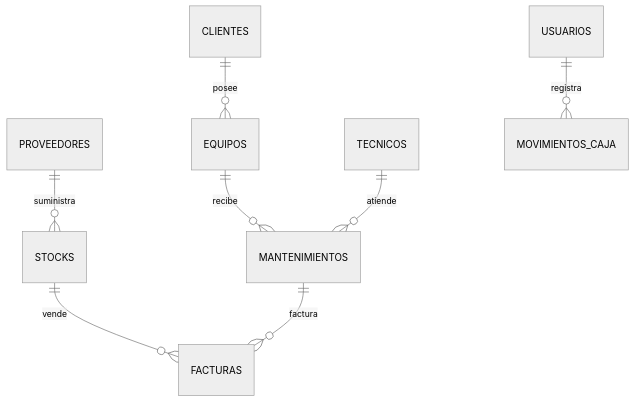
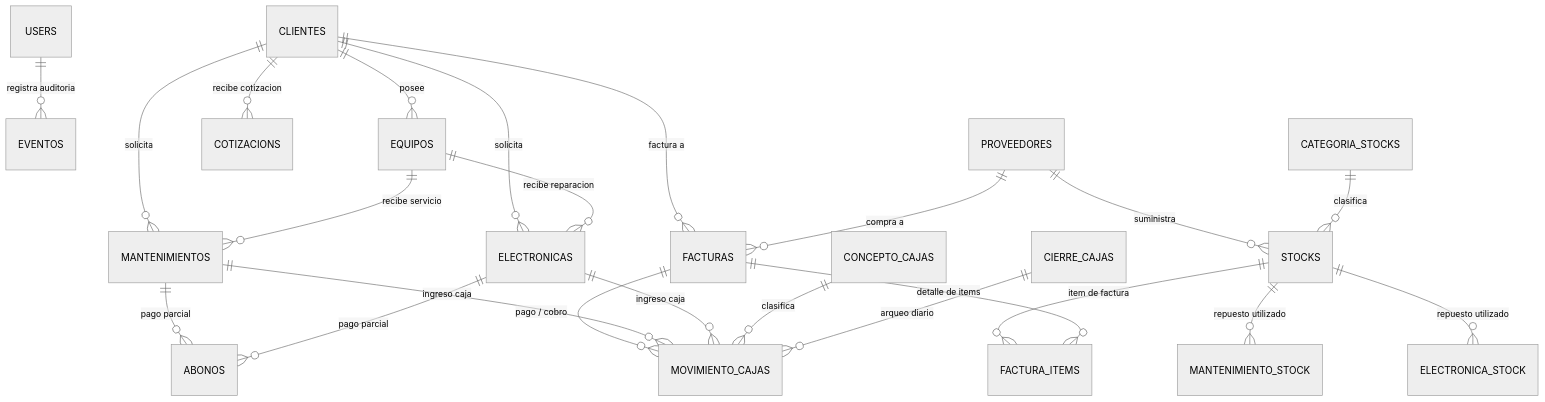
One commit to JohanVelez22/Control-Mantenimiento changed the second of 3 diagrams in DOCUMENTACION_2_MANUAL_ARQUITECTURA_Y_NEGOCIO.md. Above: the diagram before and after it, drawn with Mermaid (neutral theme). The commit also changed other lines of this file and 19 other files, not shown here.

````diff
--- a/DOCUMENTACION_2_MANUAL_ARQUITECTURA_Y_NEGOCIO.md
+++ b/DOCUMENTACION_2_MANUAL_ARQUITECTURA_Y_NEGOCIO.md
@@ -27,10 +41,25 @@
 ```mermaid
 erDiagram
+    USERS ||--o{ EVENTOS : "registra auditoria"
     CLIENTES ||--o{ EQUIPOS : "posee"
-    EQUIPOS ||--o{ MANTENIMIENTOS : "recibe"
-    TECNICOS ||--o{ MANTENIMIENTOS : "atiende"
+    CLIENTES ||--o{ FACTURAS : "factura a"
+    CLIENTES ||--o{ MANTENIMIENTOS : "solicita"
+    CLIENTES ||--o{ ELECTRONICAS : "solicita"
+    CLIENTES ||--o{ COTIZACIONS : "recibe cotizacion"
     PROVEEDORES ||--o{ STOCKS : "suministra"
-    STOCKS ||--o{ FACTURAS : "vende"
-    MANTENIMIENTOS ||--o{ FACTURAS : "factura"
-    USUARIOS ||--o{ MOVIMIENTOS_CAJA : "registra"
+    PROVEEDORES ||--o{ FACTURAS : "compra a"
+    CATEGORIA_STOCKS ||--o{ STOCKS : "clasifica"
+    EQUIPOS ||--o{ MANTENIMIENTOS : "recibe servicio"
+    EQUIPOS ||--o{ ELECTRONICAS : "recibe reparacion"
+    STOCKS ||--o{ MANTENIMIENTO_STOCK : "repuesto utilizado"
+    STOCKS ||--o{ ELECTRONICA_STOCK : "repuesto utilizado"
+    STOCKS ||--o{ FACTURA_ITEMS : "item de factura"
+    FACTURAS ||--o{ FACTURA_ITEMS : "detalle de items"
+    FACTURAS ||--o{ MOVIMIENTO_CAJAS : "pago / cobro"
+    MANTENIMIENTOS ||--o{ ABONOS : "pago parcial"
+    MANTENIMIENTOS ||--o{ MOVIMIENTO_CAJAS : "ingreso caja"
+    ELECTRONICAS ||--o{ ABONOS : "pago parcial"
+    ELECTRONICAS ||--o{ MOVIMIENTO_CAJAS : "ingreso caja"
+    CONCEPTO_CAJAS ||--o{ MOVIMIENTO_CAJAS : "clasifica"
+    CIERRE_CAJAS ||--o{ MOVIMIENTO_CAJAS : "arqueo diario"
 ```
````
